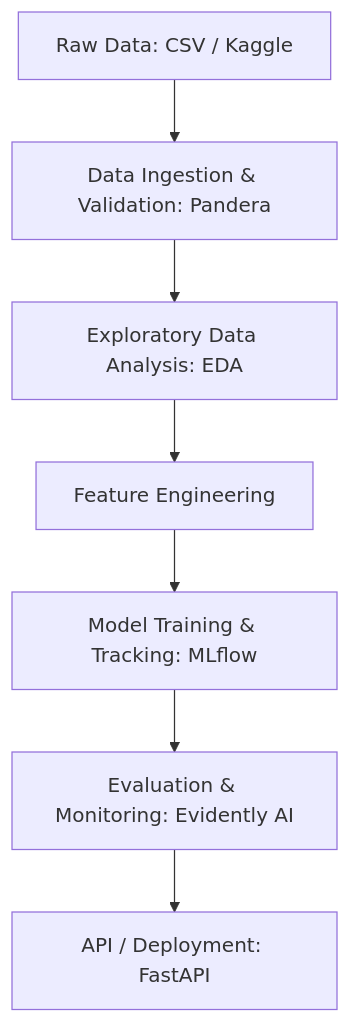
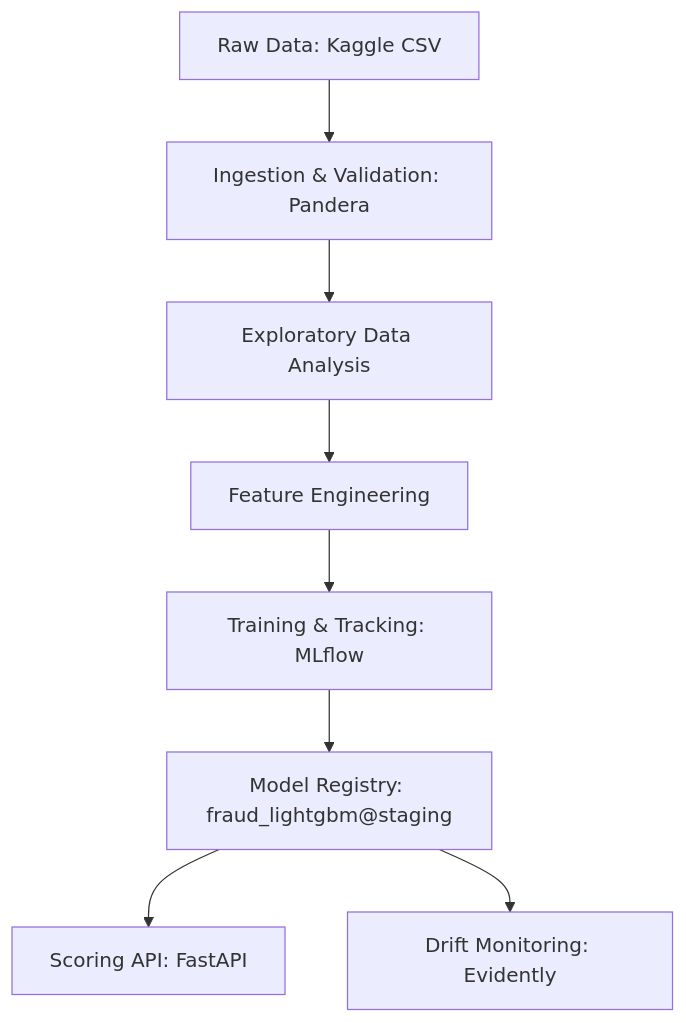
The diagram in README.md (Josedg45/fraud-detection), drawn with Mermaid before and after one commit. The commit also changed other lines of this file and 26 other files, not shown here.

First line of the commit message:
Fix model loading in API and monitoring; clean up repository

````diff
--- a/README.md
+++ b/README.md
@@ -9,9 +9,10 @@
 ```mermaid
 graph TD
-    A[Raw Data: CSV / Kaggle] --> B[Data Ingestion & Validation: Pandera]
-    B --> C[Exploratory Data Analysis: EDA]
+    A[Raw Data: Kaggle CSV] --> B[Ingestion & Validation: Pandera]
+    B --> C[Exploratory Data Analysis]
     C --> D[Feature Engineering]
-    D --> E[Model Training & Tracking: MLflow]
-    E --> F[Evaluation & Monitoring: Evidently AI]
-    F --> G[API / Deployment: FastAPI]
+    D --> E[Training & Tracking: MLflow]
+    E --> F[Model Registry: fraud_lightgbm@staging]
+    F --> G[Scoring API: FastAPI]
+    F --> H[Drift Monitoring: Evidently]
 ```
````
